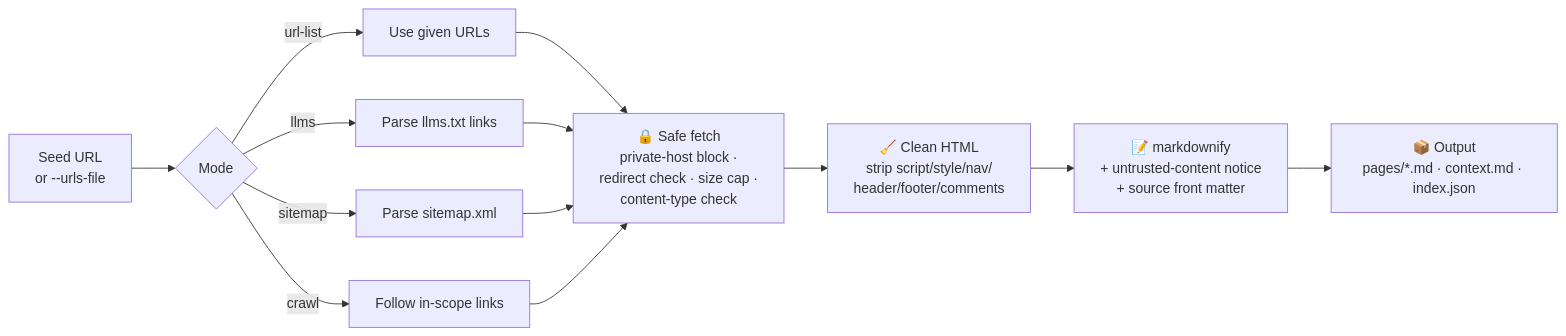
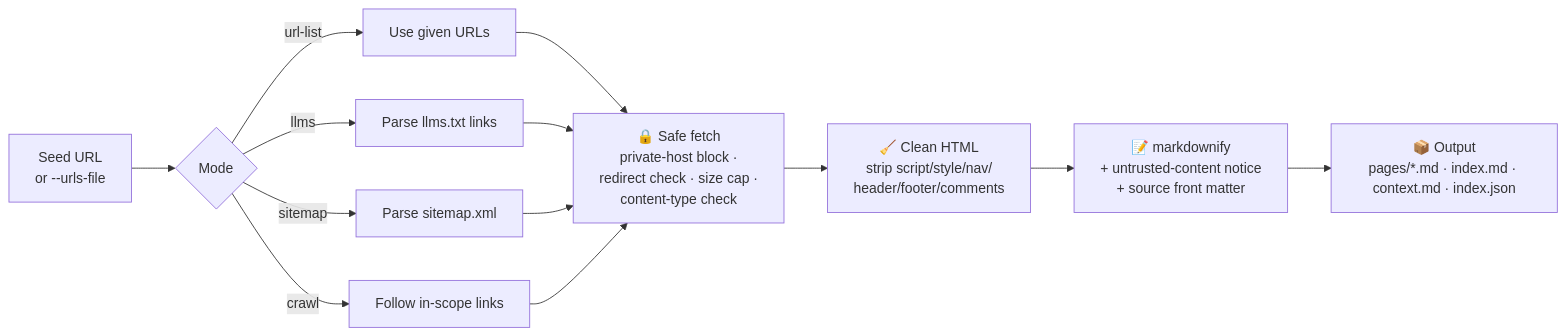
Before and after one commit to siredwinm/ai-docs-scrapper: the first of 2 diagrams in README.md, drawn with Mermaid. The commit also changed other lines of this file and 3 other files, not shown here.

First line of the commit message:
Generate a navigable index.md alongside scraped output

````diff
--- a/README.md
+++ b/README.md
@@ -91,15 +91,15 @@
 ```mermaid
 flowchart LR
     A["Seed URL<br/>or --urls-file"] --> B{Mode}
     B -->|url-list| C[Use given URLs]
     B -->|llms| D["Parse llms.txt links"]
     B -->|sitemap| E["Parse sitemap.xml"]
     B -->|crawl| F["Follow in-scope links"]
     C --> G
     D --> G
     E --> G
     F --> G
     G["🔒 Safe fetch<br/>private-host block ·<br/>redirect check · size cap ·<br/>content-type check"] --> H["🧹 Clean HTML<br/>strip script/style/nav/<br/>header/footer/comments"]
     H --> I["📝 markdownify<br/>+ untrusted-content notice<br/>+ source front matter"]
-    I --> J["📦 Output<br/>pages/*.md · context.md · index.json"]
+    I --> J["📦 Output<br/>pages/*.md · index.md · context.md · index.json"]
 ```
````
